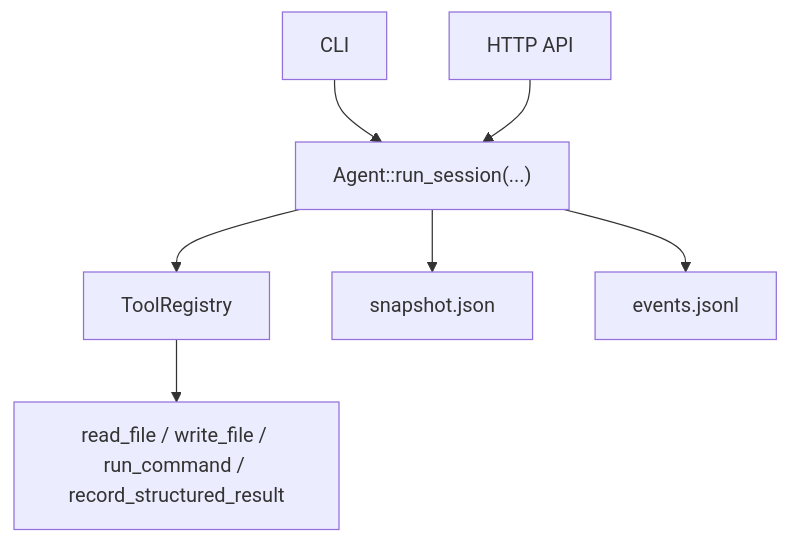
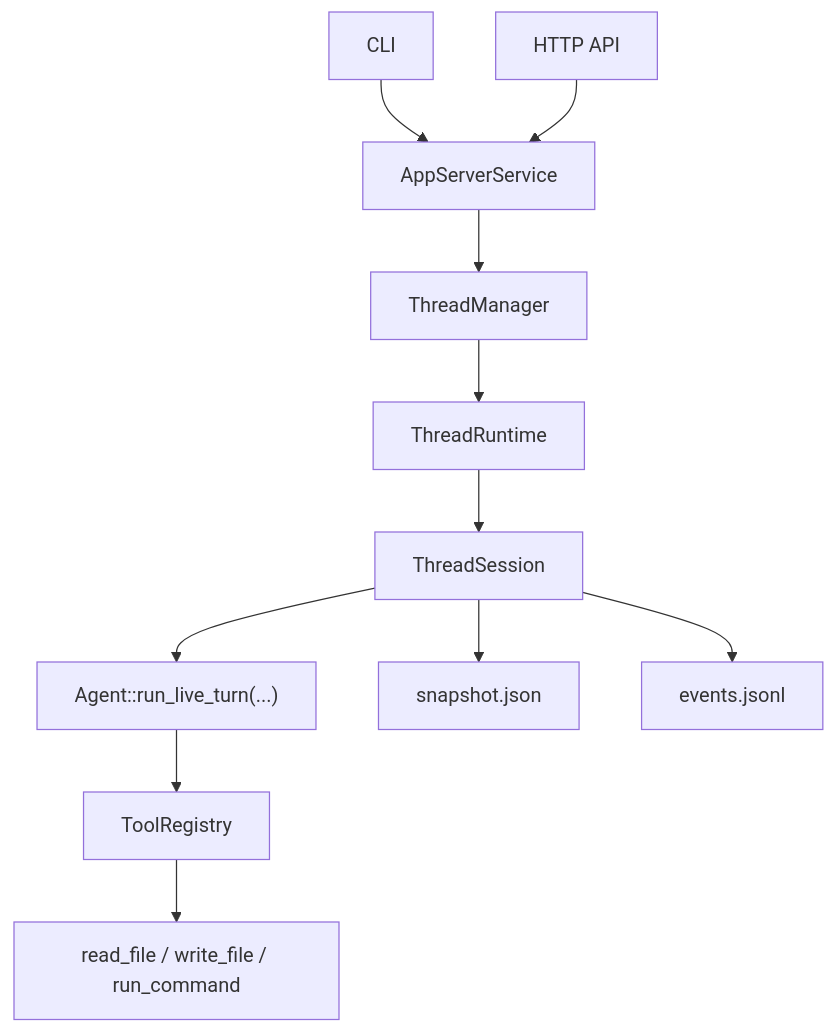
The diagram in README.md (exqqstar/ExAgent), drawn with Mermaid before and after one commit. The commit also changed other lines of this file and 2 other files, not shown here.

First line of the commit message:
docs: align README, walkthrough, and protocol notes with app-server boundary v2

````diff
--- a/README.md
+++ b/README.md
@@ -32,17 +32,25 @@
 ```mermaid
 flowchart TB
     CLI["CLI"]
     API["HTTP API"]
-    Agent["Agent::run_session(...)"]
+    Boundary["AppServerService"]
+    Manager["ThreadManager"]
+    Runtime["ThreadRuntime"]
+    Session["ThreadSession"]
+    Agent["Agent::run_live_turn(...)"]
     Registry["ToolRegistry"]
-    Tools["read_file / write_file / run_command / record_structured_result"]
+    Tools["read_file / write_file / run_command"]
     Snapshot["snapshot.json"]
     Events["events.jsonl"]
 
-    CLI --> Agent
-    API --> Agent
+    CLI --> Boundary
+    API --> Boundary
+    Boundary --> Manager
+    Manager --> Runtime
+    Runtime --> Session
+    Session --> Agent
+    Registry --> Tools
     Agent --> Registry
-    Registry --> Tools
-    Agent --> Snapshot
-    Agent --> Events
+    Session --> Snapshot
+    Session --> Events
 ```
````
